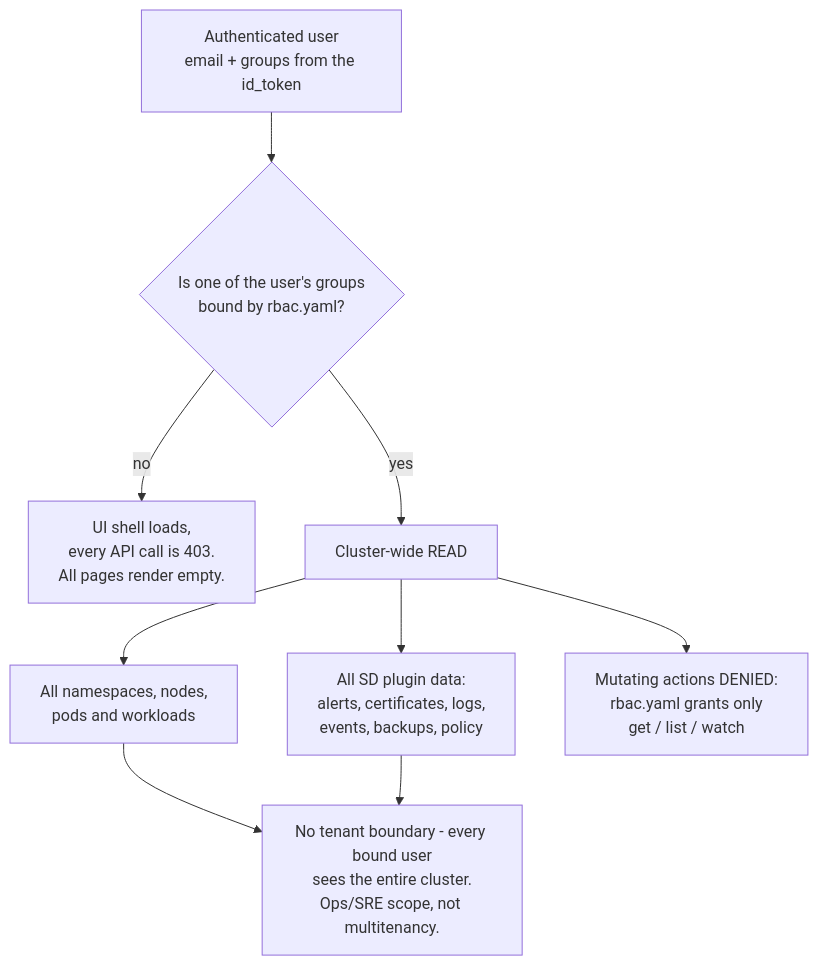
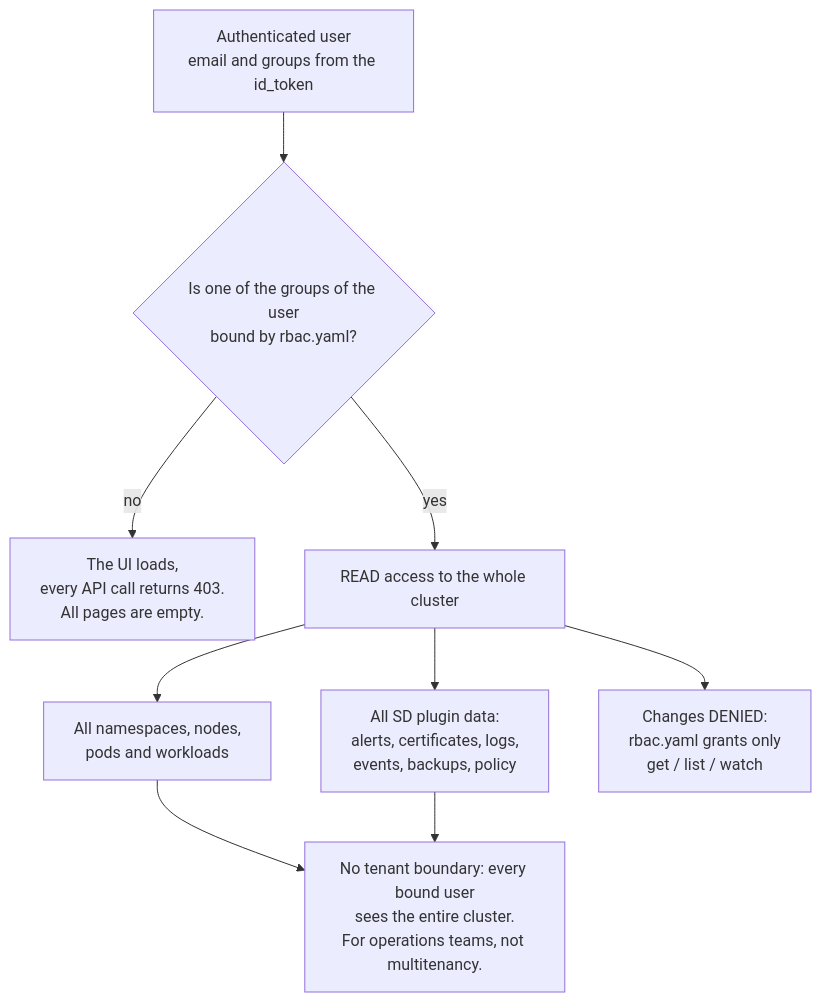
Before and after one commit to sighupio/module-utilities: the second of 2 diagrams in examples/oidc-rbac/README.md, drawn with Mermaid. The commit also changed other lines of this file and 26 other files, not shown here.

````diff
--- a/examples/oidc-rbac/README.md
+++ b/examples/oidc-rbac/README.md
@@ -76,14 +109,14 @@
 ```mermaid
 flowchart TD
-    U["Authenticated user<br/>email + groups from the id_token"] --> G{"Is one of the user's groups<br/>bound by rbac.yaml?"}
-    G -- no --> N["UI shell loads,<br/>every API call is 403.<br/>All pages render empty."]
-    G -- yes --> Y["Cluster-wide READ"]
+    U["Authenticated user<br/>email and groups from the id_token"] --> G{"Is one of the groups of the user<br/>bound by rbac.yaml?"}
+    G -- no --> N["The UI loads,<br/>every API call returns 403.<br/>All pages are empty."]
+    G -- yes --> Y["READ access to the whole cluster"]
 
     Y --> C1["All namespaces, nodes,<br/>pods and workloads"]
     Y --> C2["All SD plugin data:<br/>alerts, certificates, logs,<br/>events, backups, policy"]
-    Y --> C3["Mutating actions DENIED:<br/>rbac.yaml grants only<br/>get / list / watch"]
+    Y --> C3["Changes DENIED:<br/>rbac.yaml grants only<br/>get / list / watch"]
 
     C1 --> B
     C2 --> B
-    B["No tenant boundary - every bound user<br/>sees the entire cluster.<br/>Ops/SRE scope, not multitenancy."]
+    B["No tenant boundary: every bound user<br/>sees the entire cluster.<br/>For operations teams, not multitenancy."]
 ```
````
